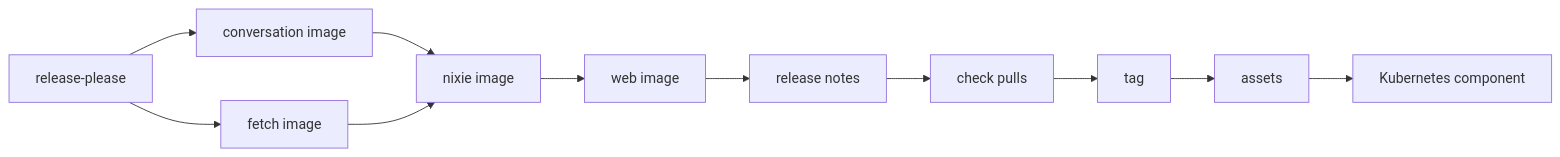
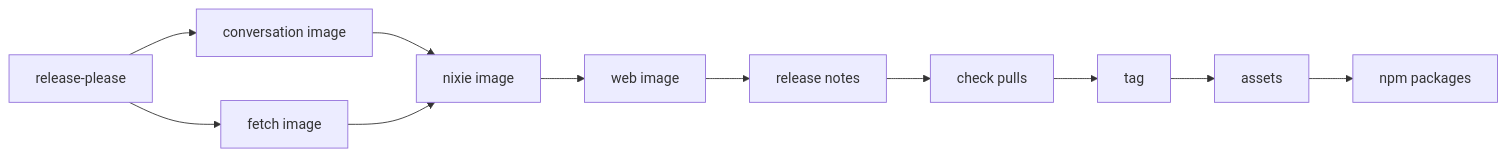
Before and after one commit to zgeoff/nixie: the diagram in docs/architecture/deployment/release-pipeline.md, drawn with Mermaid. The commit also changed other lines of this file and 12 other files, not shown here.

````diff
--- a/docs/architecture/deployment/release-pipeline.md
+++ b/docs/architecture/deployment/release-pipeline.md
@@ -44,13 +44,13 @@
 ```mermaid
 flowchart LR
   rp[release-please] --> conv[conversation image]
   rp --> fetch[fetch image]
   conv --> nixie[nixie image]
   fetch --> nixie
   nixie --> web[web image]
   web --> notes[release notes]
   notes --> pulls[check pulls]
   pulls --> tag[tag]
   tag --> assets[assets]
-  assets --> k8s[Kubernetes component]
+  assets --> npm[npm packages]
 ```
````
